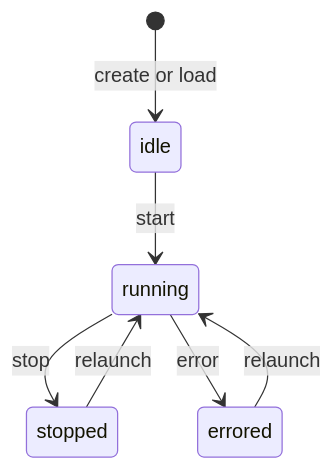
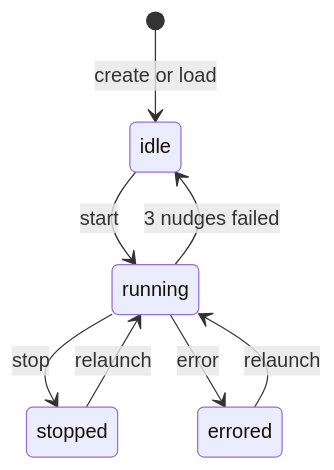
One commit to sacenox/Zoea-Nova changed the diagram in documentation/architecture/MYSIS_STATE_MACHINE.md. Above: the diagram before and after it, drawn with Mermaid. The commit also changed other lines of this file and 9 other files, not shown here.

````diff
--- a/documentation/architecture/MYSIS_STATE_MACHINE.md
+++ b/documentation/architecture/MYSIS_STATE_MACHINE.md
@@ -14,9 +19,10 @@
 ```mermaid
 stateDiagram-v2
     [*] --> idle: create or load
     idle --> running: start
+    running --> idle: 3 nudges failed
     running --> stopped: stop
     running --> errored: error
     stopped --> running: relaunch
     errored --> running: relaunch
 ```
````
